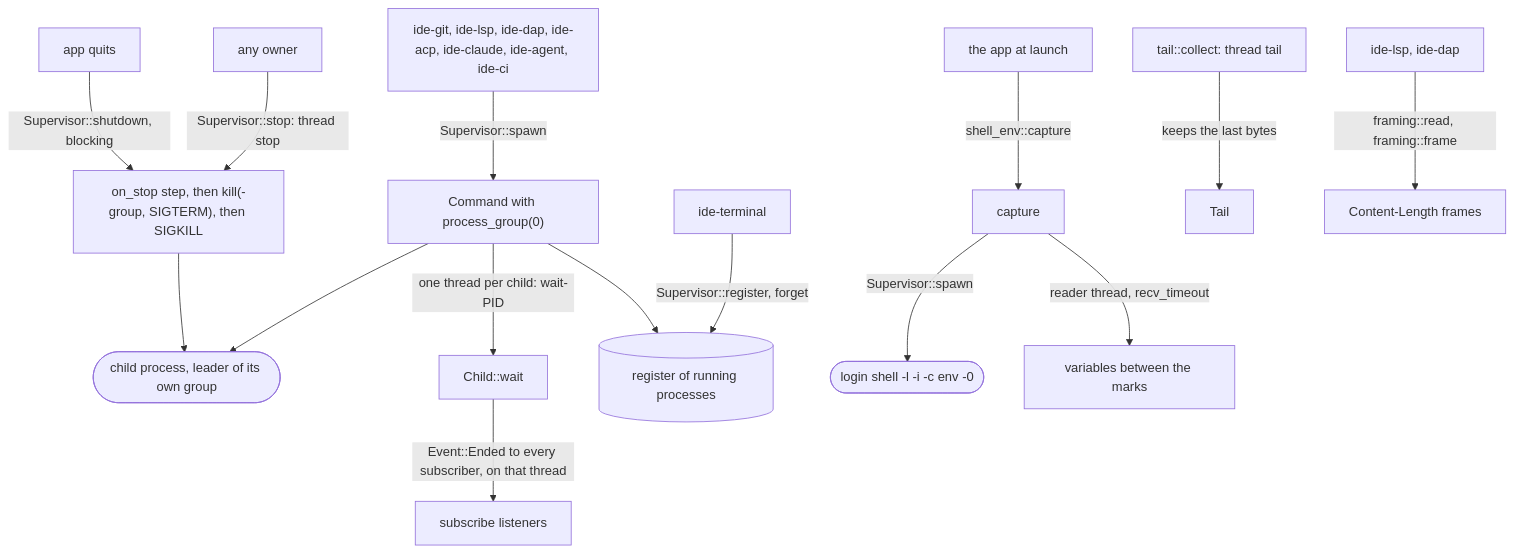
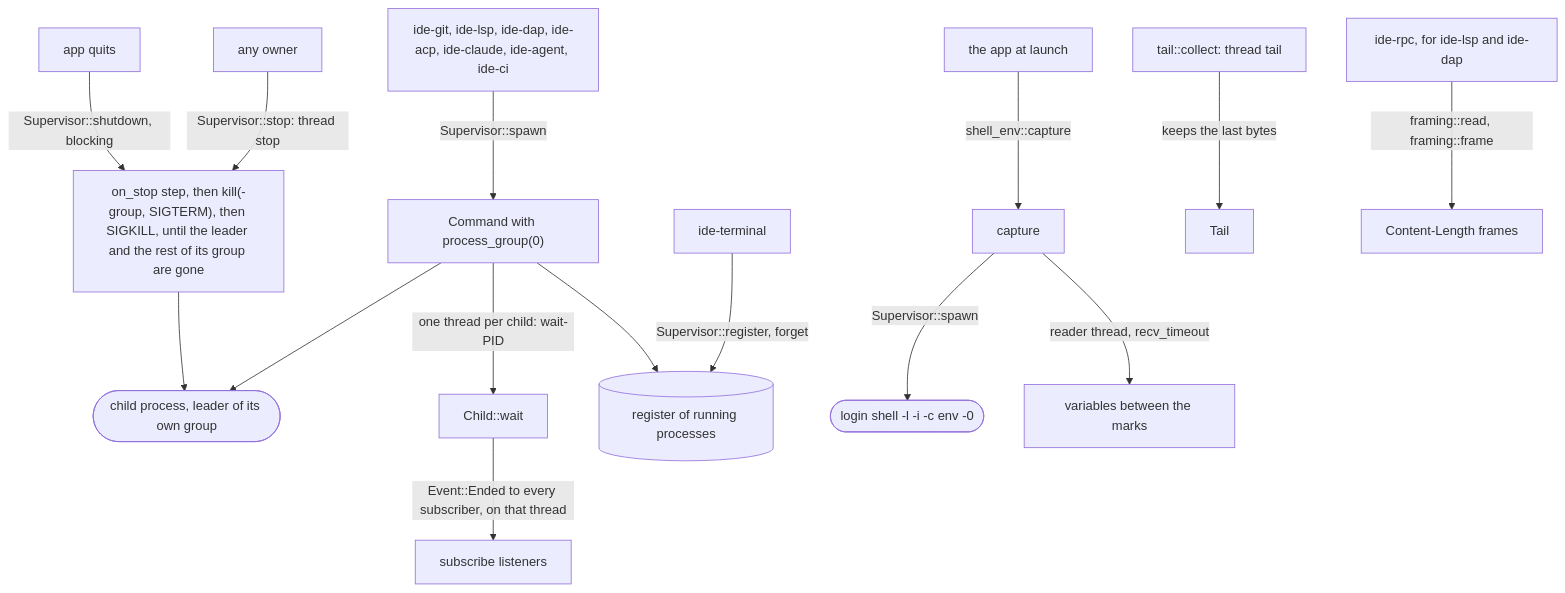
One commit to sventmueller/dango changed the diagram in crates/ide-process/README.md. Above: the diagram before and after it, drawn with Mermaid. The commit also changed other lines of this file and 691 other files, not shown here.

````diff
--- a/crates/ide-process/README.md
+++ b/crates/ide-process/README.md
@@ -8,17 +9,17 @@
 ```mermaid
 flowchart TB
     callers["ide-git, ide-lsp, ide-dap, ide-acp, ide-claude, ide-agent, ide-ci"] -->|"Supervisor::spawn"| spawn["Command with process_group(0)"]
     spawn --> child(["child process, leader of its own group"])
     spawn -->|"one thread per child: wait-PID"| waiter["Child::wait"]
     waiter -->|"Event::Ended to every subscriber, on that thread"| listeners["subscribe listeners"]
     terminal["ide-terminal"] -->|"Supervisor::register, forget"| register[("register of running processes")]
     spawn --> register
-    caller2["any owner"] -->|"Supervisor::stop: thread stop"| stopping["on_stop step, then kill(-group, SIGTERM), then SIGKILL"]
+    caller2["any owner"] -->|"Supervisor::stop: thread stop"| stopping["on_stop step, then kill(-group, SIGTERM), then SIGKILL, until the leader and the rest of its group are gone"]
     quit["app quits"] -->|"Supervisor::shutdown, blocking"| stopping
     stopping --> child
     app["the app at launch"] -->|"shell_env::capture"| env["capture"]
     env -->|"Supervisor::spawn"| shell(["login shell -l -i -c env -0"])
     env -->|"reader thread, recv_timeout"| parsed["variables between the marks"]
     tail["tail::collect: thread tail"] -->|"keeps the last bytes"| output["Tail"]
-    protocols["ide-lsp, ide-dap"] -->|"framing::read, framing::frame"| framing["Content-Length frames"]
+    protocols["ide-rpc, for ide-lsp and ide-dap"] -->|"framing::read, framing::frame"| framing["Content-Length frames"]
 ```
````
